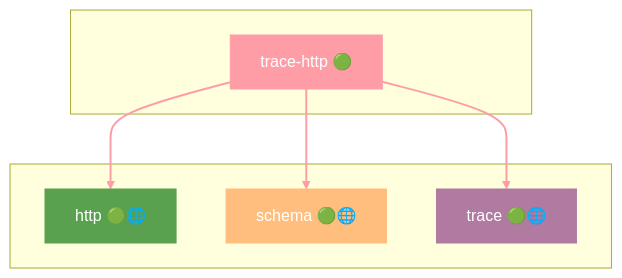
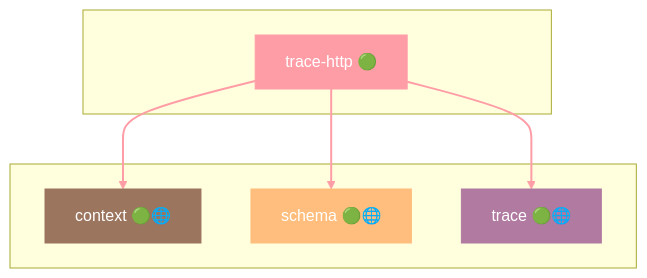
One commit to grest-ts/grest-ts changed diagram 45 of 46 in docs/DEPENDENCIES.md. Above: the diagram before and after it, drawn with Mermaid. The commit also changed other lines of this file and 15 other files, not shown here.

First line of the commit message:
Update docs to unified middleware API; refresh dependency graph

````diff
--- a/docs/DEPENDENCIES.md
+++ b/docs/DEPENDENCIES.md
@@ -2079,21 +2093,21 @@
 ```mermaid
 flowchart TB
     subgraph Package[" "]
         trace-http["trace-http 🟢"]
     end
     subgraph Dependencies[" "]
-        http["http 🟢🌐"]
+        context["context 🟢🌐"]
         schema["schema 🟢🌐"]
         trace["trace 🟢🌐"]
     end
-    trace-http --> http
+    trace-http --> context
     trace-http --> schema
     trace-http --> trace
     style trace-http fill:#FF9DA7,stroke:#FF9DA7,color:#fff
-    style http fill:#59A14F,stroke:#59A14F,color:#fff
+    style context fill:#9C755F,stroke:#9C755F,color:#fff
     style schema fill:#FFBE7D,stroke:#FFBE7D,color:#fff
     style trace fill:#B07AA1,stroke:#B07AA1,color:#fff
     linkStyle 0 stroke:#FF9DA7,stroke-width:2px
     linkStyle 1 stroke:#FF9DA7,stroke-width:2px
     linkStyle 2 stroke:#FF9DA7,stroke-width:2px
 ```
````
